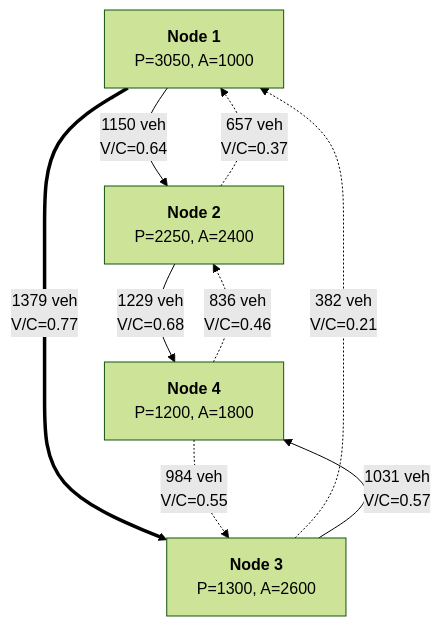
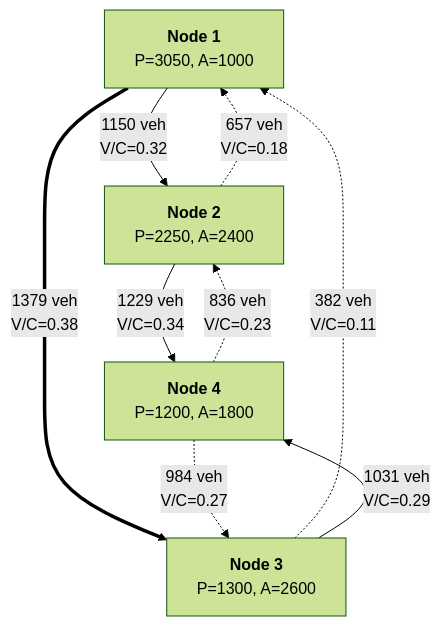
The second of 2 diagrams in examples/simple_network/README.md (LdDl/macro_traffic_sim_core), drawn with Mermaid (forest theme) before and after one commit. The commit also changed other lines of this file and 1 other file, not shown here.

````diff
--- a/examples/simple_network/README.md
+++ b/examples/simple_network/README.md
@@ -58,16 +58,16 @@
 ```mermaid
 graph TD
     N1["<b>Node 1</b><br/>P=3050, A=1000"]
     N2["<b>Node 2</b><br/>P=2250, A=2400"]
     N3["<b>Node 3</b><br/>P=1300, A=2600"]
     N4["<b>Node 4</b><br/>P=1200, A=1800"]
 
-    N1 -- "1150 veh<br/>V/C=0.64" --> N2
-    N2 -. "657 veh<br/>V/C=0.37" .-> N1
-    N1 == "1379 veh<br/>V/C=0.77" ==> N3
-    N3 -. "382 veh<br/>V/C=0.21" .-> N1
-    N2 -- "1229 veh<br/>V/C=0.68" --> N4
-    N4 -. "836 veh<br/>V/C=0.46" .-> N2
-    N3 -- "1031 veh<br/>V/C=0.57" --> N4
-    N4 -. "984 veh<br/>V/C=0.55" .-> N3
+    N1 -- "1150 veh<br/>V/C=0.32" --> N2
+    N2 -. "657 veh<br/>V/C=0.18" .-> N1
+    N1 == "1379 veh<br/>V/C=0.38" ==> N3
+    N3 -. "382 veh<br/>V/C=0.11" .-> N1
+    N2 -- "1229 veh<br/>V/C=0.34" --> N4
+    N4 -. "836 veh<br/>V/C=0.23" .-> N2
+    N3 -- "1031 veh<br/>V/C=0.29" --> N4
+    N4 -. "984 veh<br/>V/C=0.27" .-> N3
 ```
````
